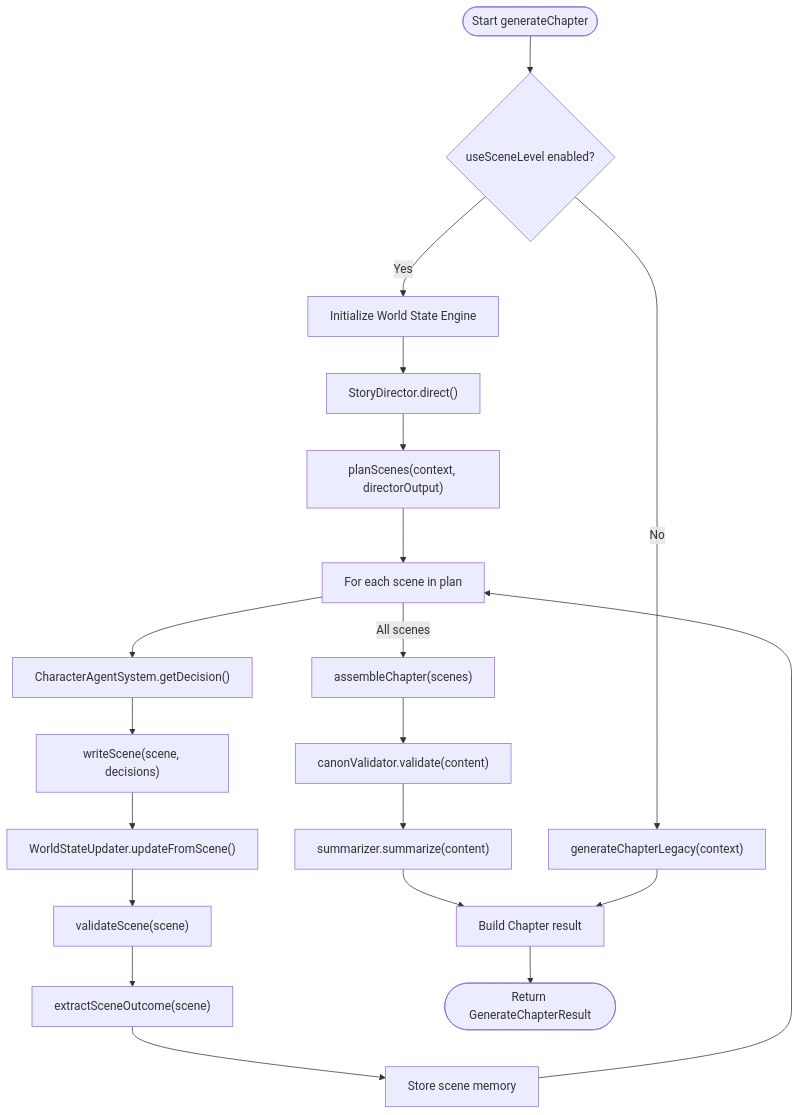
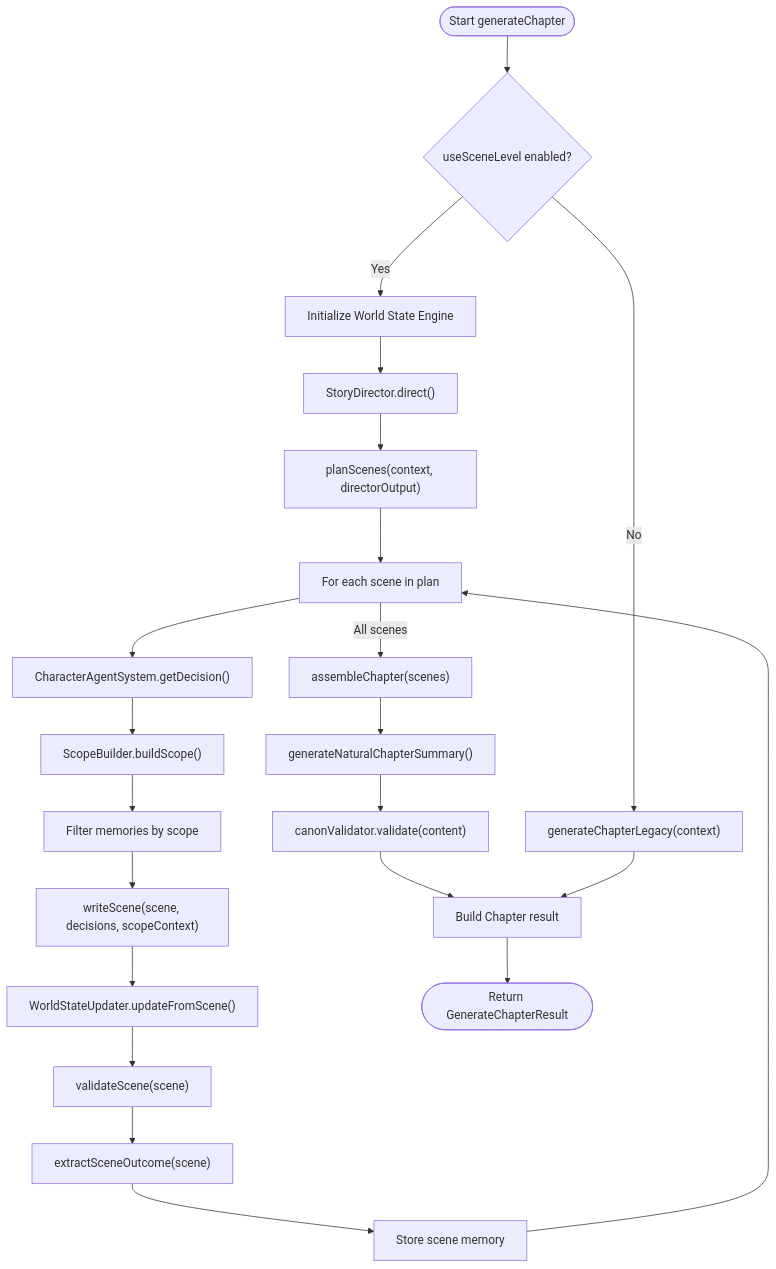
Before and after one commit to liwonder/NARRITIVE_OS: the third of 4 diagrams in .qoder/repowiki/en/content/Engine Architecture/Generation Pipeline.md, drawn with Mermaid. The commit also changed other lines of this file and 22 other files, not shown here.

````diff
--- a/.qoder/repowiki/en/content/Engine Architecture/Generation Pipeline.md
+++ b/.qoder/repowiki/en/content/Engine Architecture/Generation Pipeline.md
@@ -286,22 +304,24 @@
 ```mermaid
 flowchart TD
 Start(["Start generateChapter"]) --> CheckMode{"useSceneLevel enabled?"}
 CheckMode --> |Yes| InitWorld["Initialize World State Engine"]
 InitWorld --> Director["StoryDirector.direct()"]
 Director --> PlanScenes["planScenes(context, directorOutput)"]
 PlanScenes --> SceneLoop["For each scene in plan"]
 SceneLoop --> GetDecisions["CharacterAgentSystem.getDecision()"]
-GetDecisions --> WriteScene["writeScene(scene, decisions)"]
+GetDecisions --> BuildScope["ScopeBuilder.buildScope()"]
+BuildScope --> FilterMemories["Filter memories by scope"]
+FilterMemories --> WriteScene["writeScene(scene, decisions, scopeContext)"]
 WriteScene --> UpdateWorld["WorldStateUpdater.updateFromScene()"]
 UpdateWorld --> ValidateScene["validateScene(scene)"]
 ValidateScene --> ExtractOutcome["extractSceneOutcome(scene)"]
 ExtractOutcome --> StoreMemory["Store scene memory"]
 StoreMemory --> SceneLoop
 SceneLoop --> |All scenes| Assemble["assembleChapter(scenes)"]
-Assemble --> CanonValidate["canonValidator.validate(content)"]
-CanonValidate --> Summarize["summarizer.summarize(content)"]
-Summarize --> Build["Build Chapter result"]
+Assemble --> MultilingualSum["generateNaturalChapterSummary()"]
+MultilingualSum --> CanonValidate["canonValidator.validate(content)"]
+CanonValidate --> Build["Build Chapter result"]
 CheckMode --> |No| Legacy["generateChapterLegacy(context)"]
 Legacy --> Build
 Build --> End(["Return GenerateChapterResult"])
 ```
````
